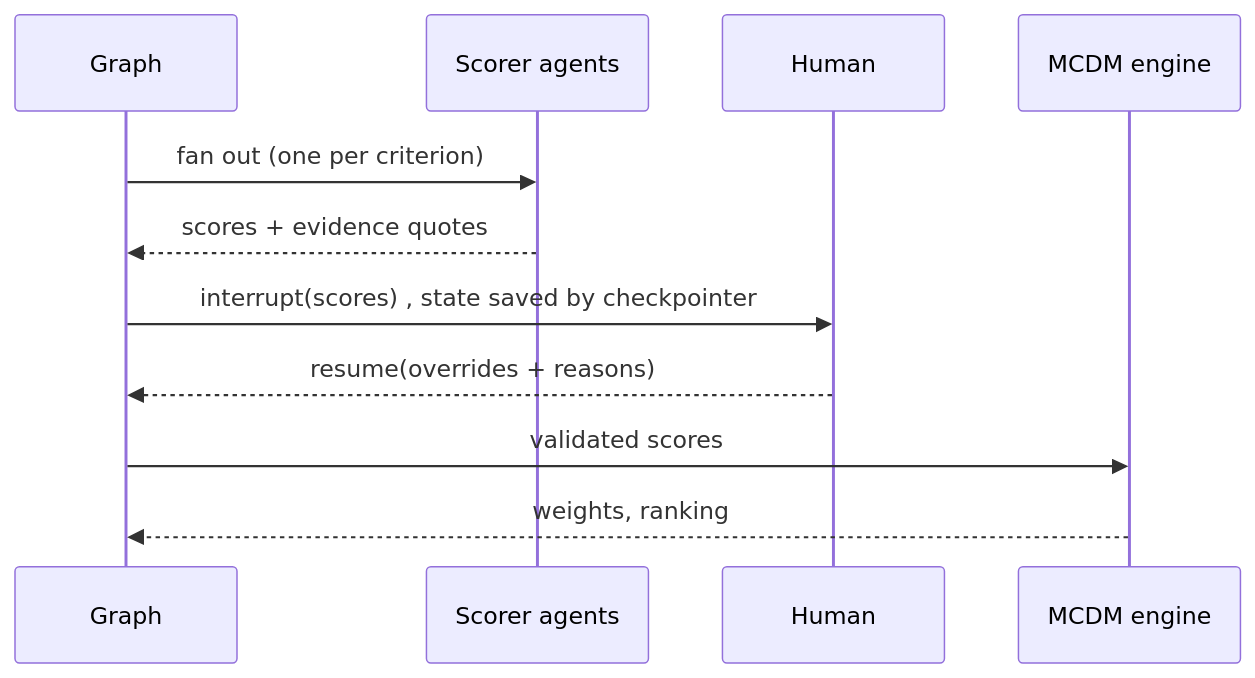
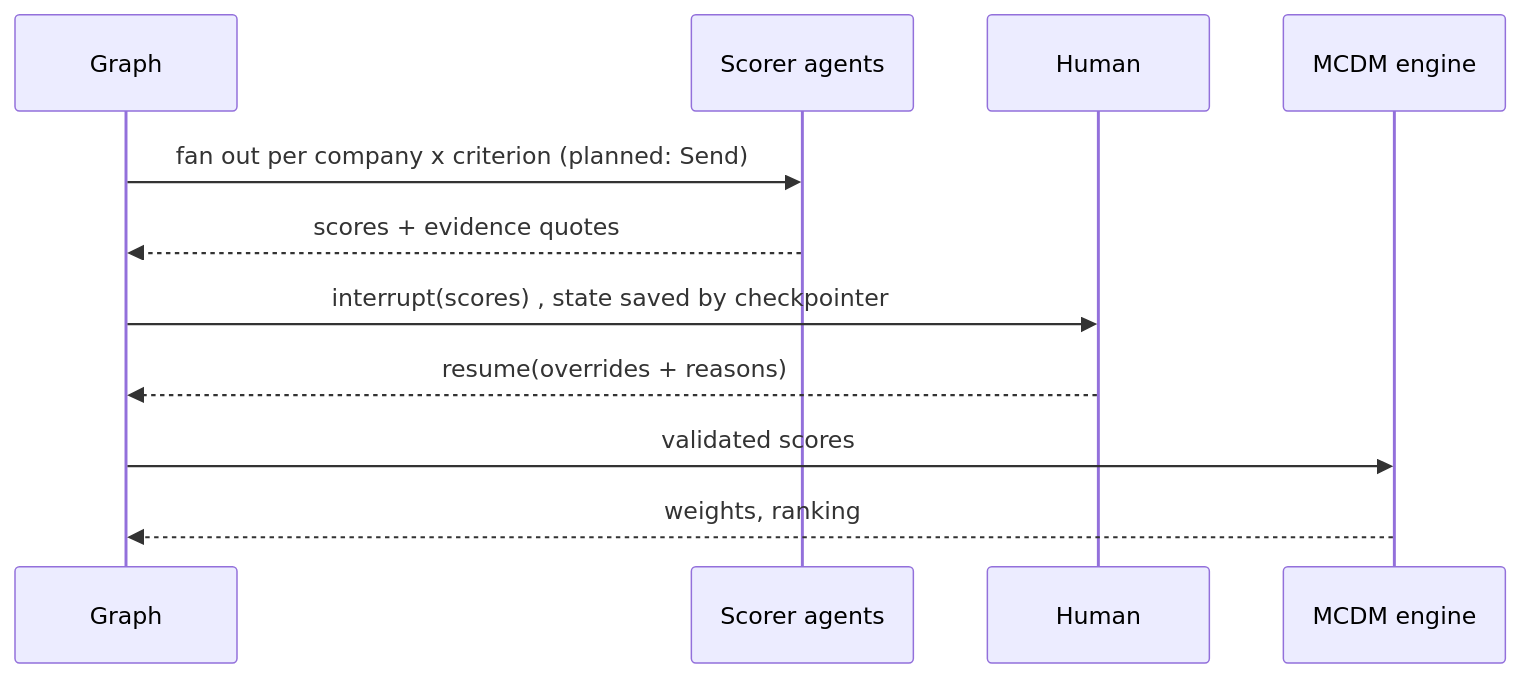
The fifth of 6 diagrams in docs/architecture/overview.md (whoimad/maid), drawn with Mermaid before and after one commit. The commit also changed other lines of this file and 1 other file, not shown here.

Commit message:
docs(architecture): mark built vs planned in overview, add C4 diagrams

````diff
--- a/docs/architecture/overview.md
+++ b/docs/architecture/overview.md
@@ -58,13 +116,13 @@
 ```mermaid
 sequenceDiagram
     participant G as Graph
     participant S as Scorer agents
     participant H as Human
     participant M as MCDM engine
-    G->>S: fan out (one per criterion)
+    G->>S: fan out per company x criterion (planned: Send)
     S-->>G: scores + evidence quotes
     G->>H: interrupt(scores) , state saved by checkpointer
     H-->>G: resume(overrides + reasons)
     G->>M: validated scores
     M-->>G: weights, ranking
 ```
````
